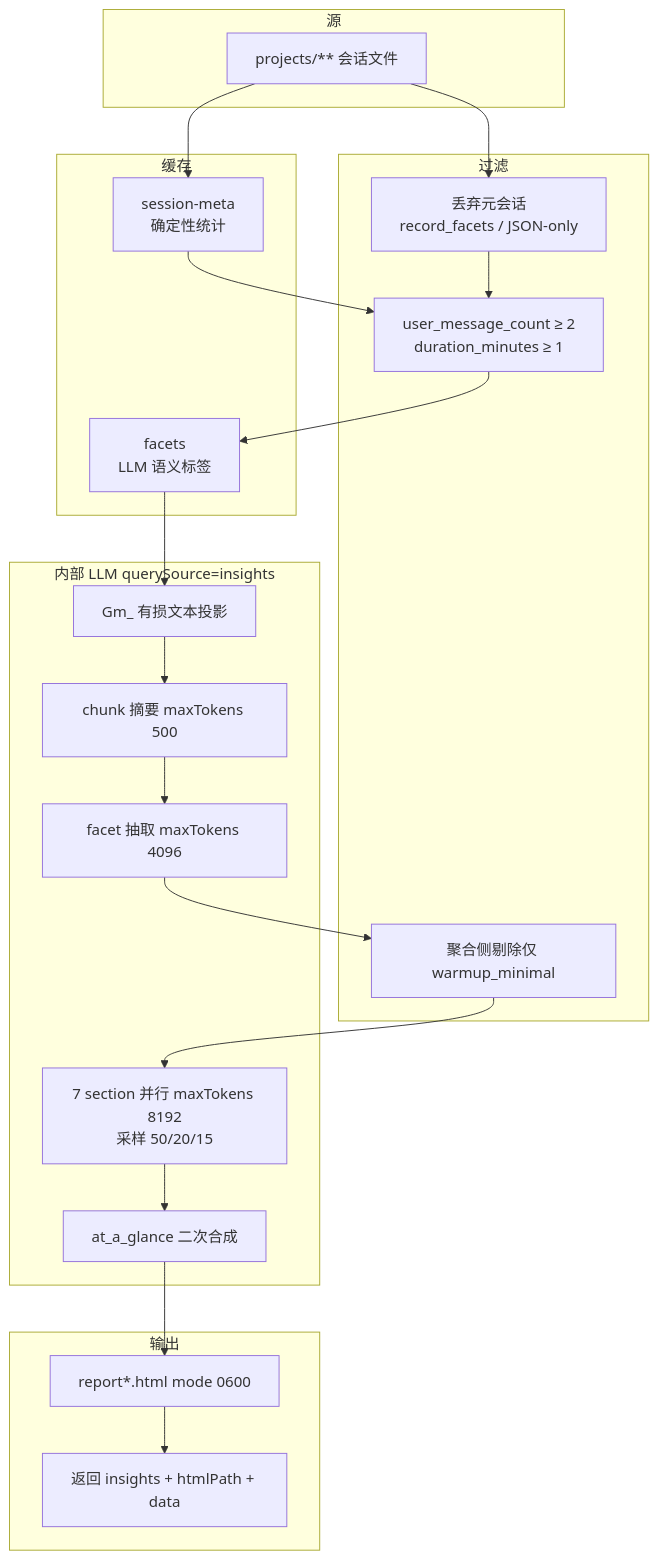
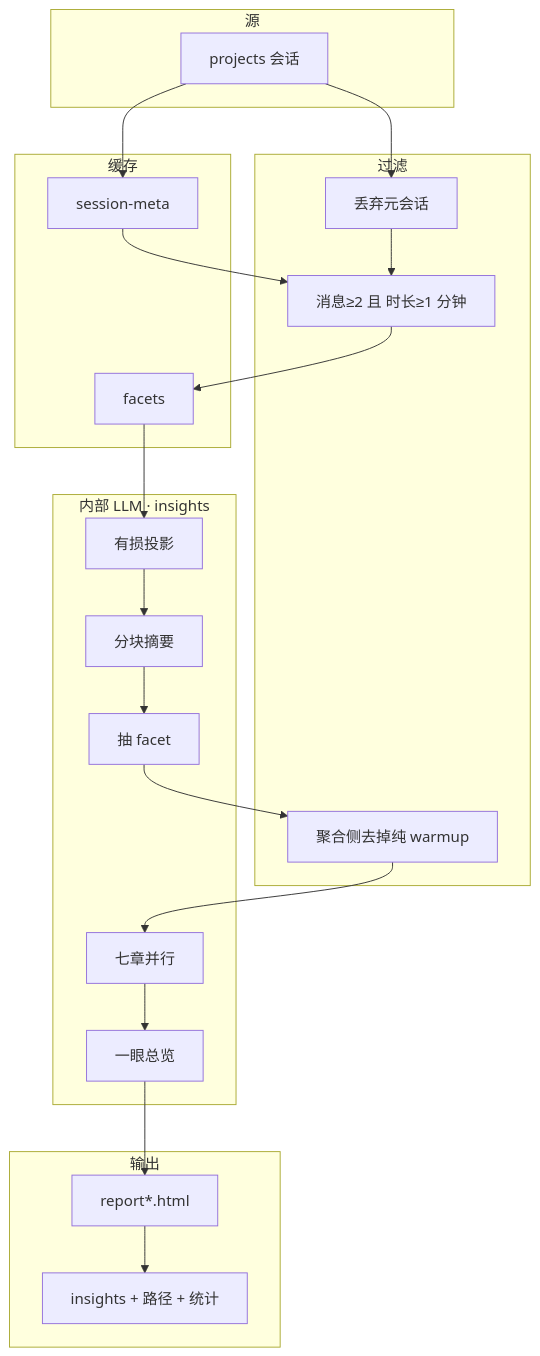
Before and after one commit to phaseddd/claude-code-research: the second of 2 diagrams in analysis/mechanisms/claude-code-insights-slash-command.md, drawn with Mermaid. The commit also changed other lines of this file and 1 other file, not shown here.

First line of the commit message:
docs(analysis): make /insights mechanism readable without minify soup

````diff
--- a/analysis/mechanisms/claude-code-insights-slash-command.md
+++ b/analysis/mechanisms/claude-code-insights-slash-command.md
@@ -245,32 +221,32 @@
 ```mermaid
 flowchart TB
   subgraph src [源]
-    P["projects/** 会话文件"]
+    P["projects 会话"]
   end
   subgraph cache [缓存]
-    SM["session-meta<br/>确定性统计"]
-    FC["facets<br/>LLM 语义标签"]
+    SM["session-meta"]
+    FC["facets"]
   end
   subgraph filter [过滤]
-    F1["丢弃元会话<br/>record_facets / JSON-only"]
-    F2["user_message_count ≥ 2<br/>duration_minutes ≥ 1"]
-    F3["聚合侧剔除仅 warmup_minimal"]
+    F1["丢弃元会话"]
+    F2["消息≥2 且 时长≥1 分钟"]
+    F3["聚合侧去掉纯 warmup"]
   end
-  subgraph llm [内部 LLM querySource=insights]
-    G0["Gm_ 有损文本投影"]
-    C["chunk 摘要 maxTokens 500"]
-    F["facet 抽取 maxTokens 4096"]
-    S["7 section 并行 maxTokens 8192<br/>采样 50/20/15"]
-    G["at_a_glance 二次合成"]
+  subgraph llm [内部 LLM · insights]
+    G0["有损投影"]
+    C["分块摘要"]
+    F["抽 facet"]
+    S["七章并行"]
+    G["一眼总览"]
   end
   subgraph out [输出]
-    H["report*.html mode 0600"]
-    R["返回 insights + htmlPath + data"]
+    H["report*.html"]
+    R["insights + 路径 + 统计"]
   end
   P --> SM
   P --> F1 --> F2
   F2 --> FC
   FC --> G0 --> C --> F
   F --> F3 --> S --> G --> H --> R
   SM --> F2
 ```
````
